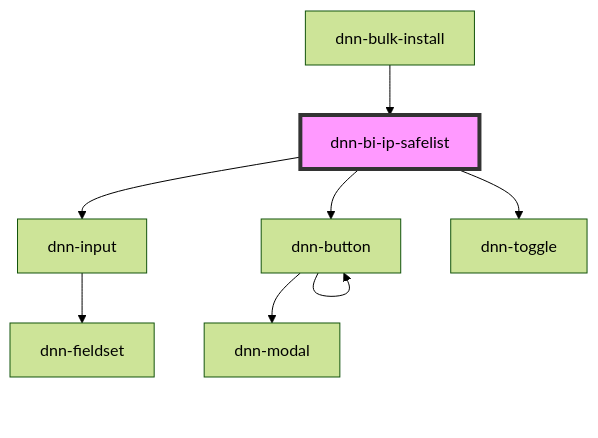
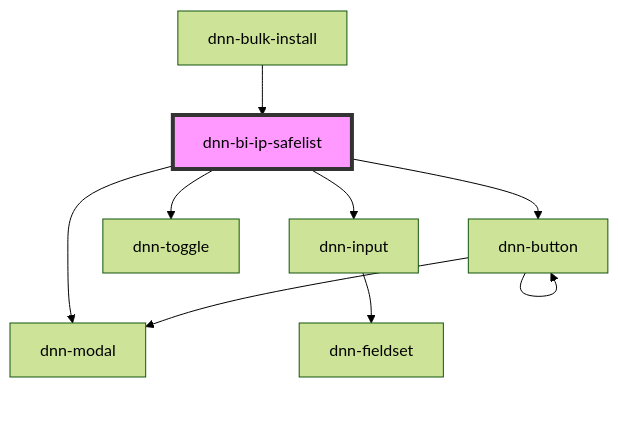
Before and after one commit to dnnsoftware/Dnn.Platform: the diagram in DNN Platform/Modules/BulkInstall/BulkInstall.Web/src/components/tabs/dnn-bi-ip-safelist/readme.md, drawn with Mermaid (forest theme). The commit also changed other lines of this file and 17 other files, not shown here.

````diff
--- a/DNN Platform/Modules/BulkInstall/BulkInstall.Web/src/components/tabs/dnn-bi-ip-safelist/readme.md
+++ b/DNN Platform/Modules/BulkInstall/BulkInstall.Web/src/components/tabs/dnn-bi-ip-safelist/readme.md
@@ -19,11 +20,12 @@
 ```mermaid
 graph TD;
-  dnn-bi-ip-safelist --> dnn-input
   dnn-bi-ip-safelist --> dnn-button
   dnn-bi-ip-safelist --> dnn-toggle
-  dnn-input --> dnn-fieldset
+  dnn-bi-ip-safelist --> dnn-modal
+  dnn-bi-ip-safelist --> dnn-input
   dnn-button --> dnn-modal
   dnn-button --> dnn-button
+  dnn-input --> dnn-fieldset
   dnn-bulk-install --> dnn-bi-ip-safelist
   style dnn-bi-ip-safelist fill:#f9f,stroke:#333,stroke-width:4px
 ```
````
